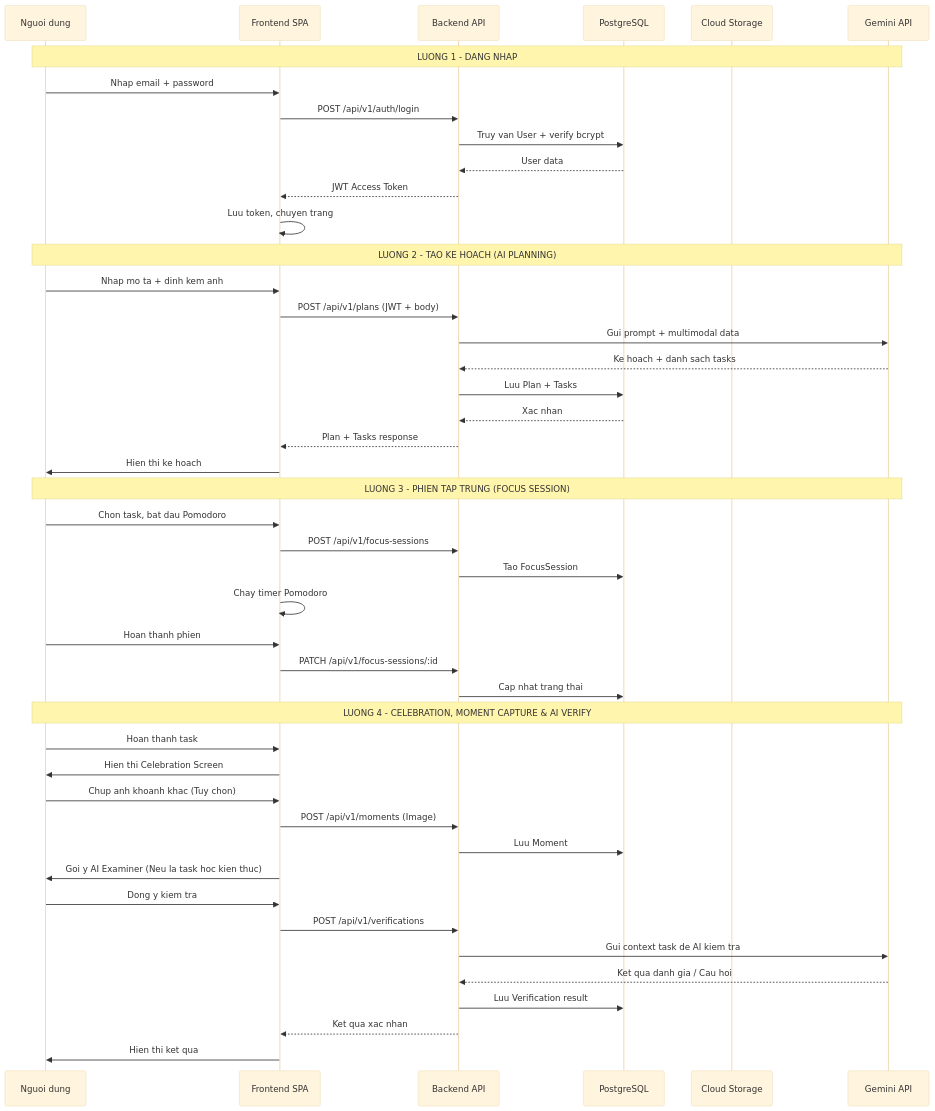
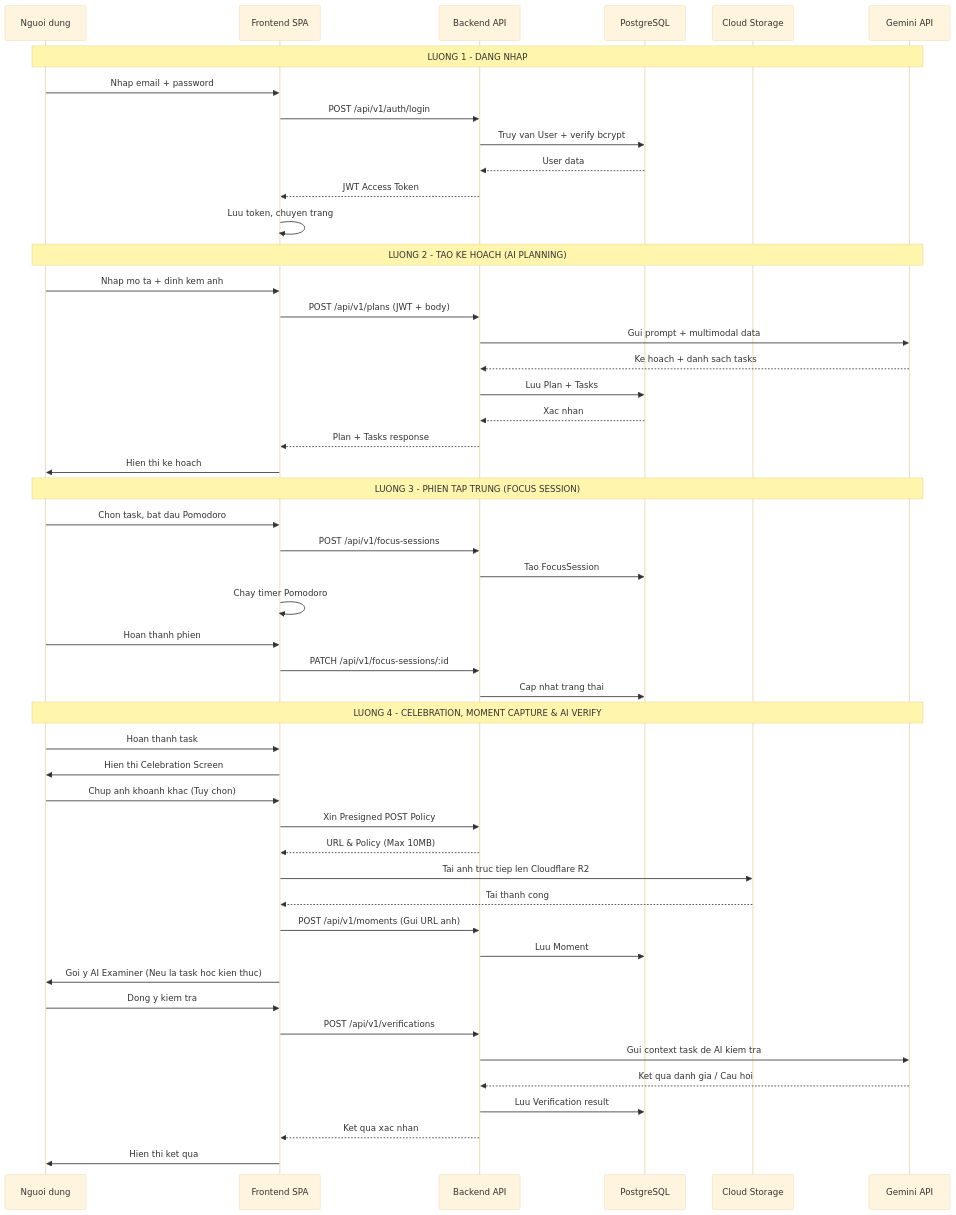
Before and after one commit to Lade1q/planning-ai: the second of 4 diagrams in docs/analysis and design/high-level-architecture.md, drawn with Mermaid (base theme). The commit also changed other lines of this file and 2 other files, not shown here.

Commit message:
docs: đồng bộ Use Cases, Kiến trúc và Spec v1.2 sau cross-review

````diff
--- a/docs/analysis and design/high-level-architecture.md
+++ b/docs/analysis and design/high-level-architecture.md
@@ -74,51 +74,55 @@
 ```mermaid
 sequenceDiagram
     participant U as Nguoi dung
     participant FE as Frontend SPA
     participant BE as Backend API
     participant DB as PostgreSQL
     participant CS as Cloud Storage
     participant AI as Gemini API
 
     Note over U,AI: LUONG 1 - DANG NHAP
     U->>FE: Nhap email + password
     FE->>BE: POST /api/v1/auth/login
     BE->>DB: Truy van User + verify bcrypt
     DB-->>BE: User data
     BE-->>FE: JWT Access Token
     FE->>FE: Luu token, chuyen trang
 
     Note over U,AI: LUONG 2 - TAO KE HOACH (AI PLANNING)
     U->>FE: Nhap mo ta + dinh kem anh
     FE->>BE: POST /api/v1/plans (JWT + body)
     BE->>AI: Gui prompt + multimodal data
     AI-->>BE: Ke hoach + danh sach tasks
     BE->>DB: Luu Plan + Tasks
     DB-->>BE: Xac nhan
     BE-->>FE: Plan + Tasks response
     FE->>U: Hien thi ke hoach
 
     Note over U,AI: LUONG 3 - PHIEN TAP TRUNG (FOCUS SESSION)
     U->>FE: Chon task, bat dau Pomodoro
     FE->>BE: POST /api/v1/focus-sessions
     BE->>DB: Tao FocusSession
     FE->>FE: Chay timer Pomodoro
     U->>FE: Hoan thanh phien
     FE->>BE: PATCH /api/v1/focus-sessions/:id
     BE->>DB: Cap nhat trang thai
 
     Note over U,AI: LUONG 4 - CELEBRATION, MOMENT CAPTURE & AI VERIFY
     U->>FE: Hoan thanh task
     FE->>U: Hien thi Celebration Screen
     U->>FE: Chup anh khoanh khac (Tuy chon)
-    FE->>BE: POST /api/v1/moments (Image)
+    FE->>BE: Xin Presigned POST Policy
+    BE-->>FE: URL & Policy (Max 10MB)
+    FE->>CS: Tai anh truc tiep len Cloudflare R2
+    CS-->>FE: Tai thanh cong
+    FE->>BE: POST /api/v1/moments (Gui URL anh)
     BE->>DB: Luu Moment
     FE->>U: Goi y AI Examiner (Neu la task hoc kien thuc)
     U->>FE: Dong y kiem tra
     FE->>BE: POST /api/v1/verifications
     BE->>AI: Gui context task de AI kiem tra
     AI-->>BE: Ket qua danh gia / Cau hoi
     BE->>DB: Luu Verification result
     BE-->>FE: Ket qua xac nhan
     FE->>U: Hien thi ket qua
 ```
````
